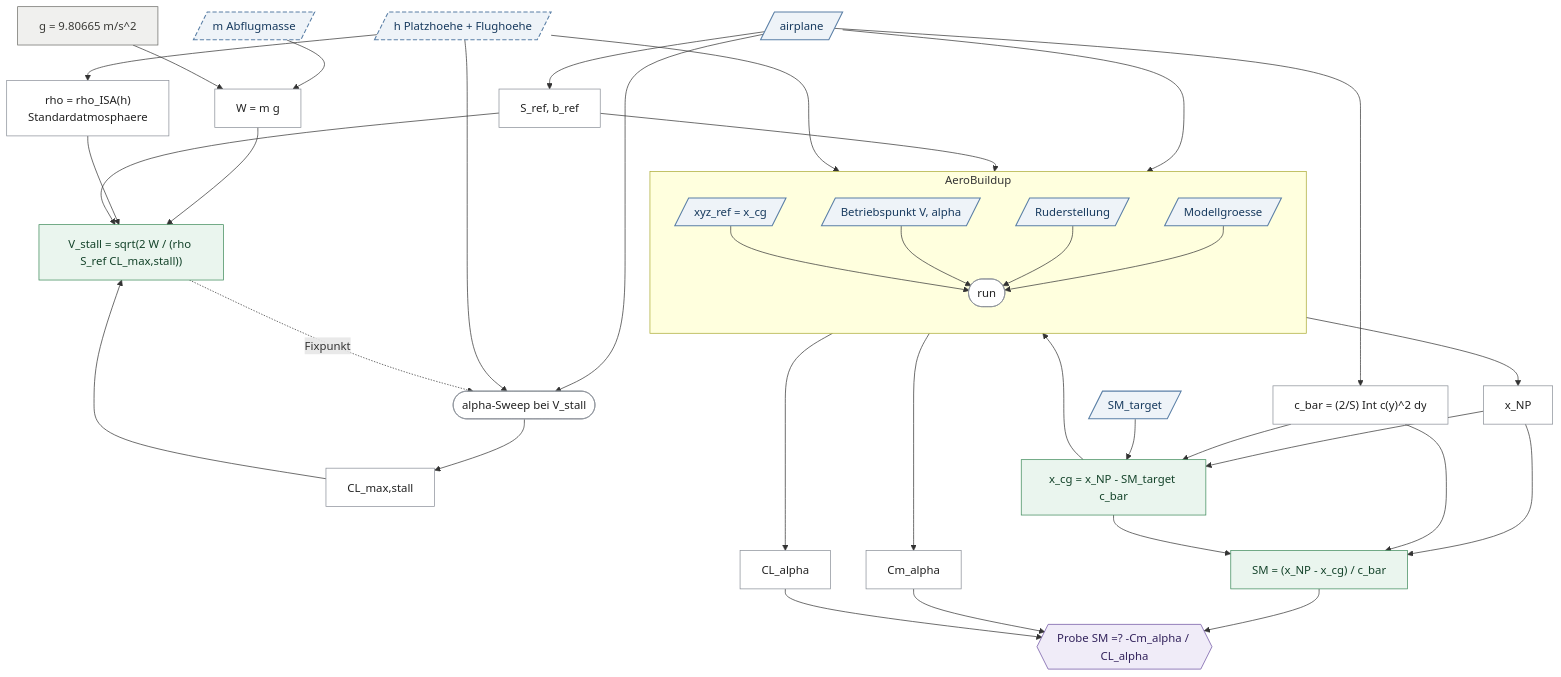
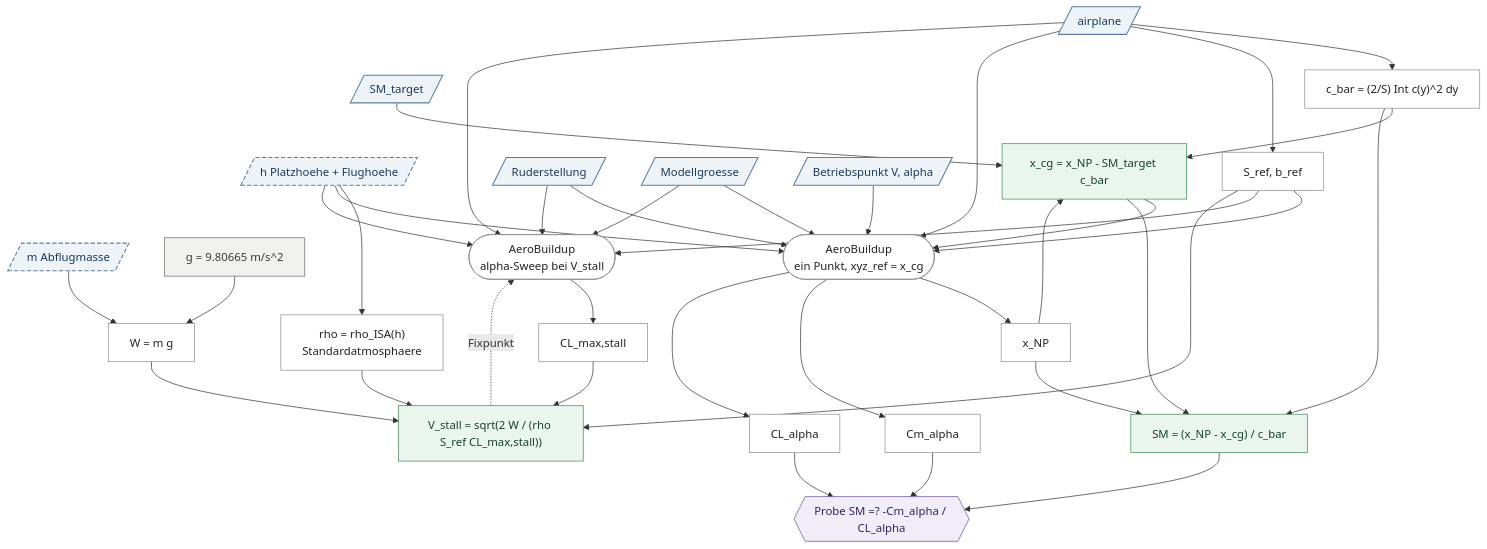
The second of 2 diagrams in _reversa_sdd/calculations/canon/PFAD3.md (szymansk/da3Dalus), drawn with Mermaid before and after one commit. The commit also changed other lines of this file and 1 other file, not shown here.

Commit message:
docs(spec): both solver uses are AeroBuildup — draw them as two calls, not two boxes
The alpha sweep runs through AeroBuildup just as the stability point
does; drawing one as a six-node subgraph and the other as a lone node
made them look like different tools.

Now two call nodes sharing their inputs, each labelled with what
distinguishes it: a single point with xyz_ref bound to the design CG,
against a sweep bound to V_stall. A short table names the two
differences. No box is copied and every input is still an edge.

Claude-Session: https://claude.ai/code/session_01Mi6hrNvR7cmwACXYAoStnv

````diff
--- a/_reversa_sdd/calculations/canon/PFAD3.md
+++ b/_reversa_sdd/calculations/canon/PFAD3.md
@@ -424,80 +424,79 @@
 ```mermaid
 flowchart TD
   classDef inp fill:#eef3f8,stroke:#5a7fa6,stroke-width:1.5px,color:#173a5e
   classDef est fill:#eef3f8,stroke:#5a7fa6,stroke-width:1.5px,stroke-dasharray:6 3,color:#173a5e
   classDef drv fill:#ffffff,stroke:#8a8f98,color:#222
   classDef chk fill:#f0ecf8,stroke:#6b4fa0,color:#33235c
   classDef konst fill:#f0f0ee,stroke:#6b6b66,color:#3a3a36
   classDef out fill:#eaf5ee,stroke:#3d8a5a,color:#14432a
 
   GEO[/"airplane"/]:::inp
   SMT[/"SM_target"/]:::inp
   MEST[/"m  Abflugmasse"/]:::est
   HOEHE[/"h  Platzhoehe + Flughoehe"/]:::est
   GRAV["g = 9.80665 m/s^2"]:::konst
 
   MAC["c_bar = (2/S) Int c(y)^2 dy"]:::drv
   SREF["S_ref, b_ref"]:::drv
   ATM["rho = rho_ISA(h)<br/>Standardatmosphaere"]:::drv
   W["W = m g"]:::drv
 
-  subgraph SOLVER["AeroBuildup"]
-    direction TB
-    XYZ[/"xyz_ref = x_cg"/]:::inp
-    OP[/"Betriebspunkt V, alpha"/]:::inp
-    CTRL[/"Ruderstellung"/]:::inp
-    FID[/"Modellgroesse"/]:::inp
-    RUN(["run"]):::drv
-    XYZ --> RUN
-    OP --> RUN
-    CTRL --> RUN
-    FID --> RUN
-  end
+  CTRL[/"Ruderstellung"/]:::inp
+  FID[/"Modellgroesse"/]:::inp
+  OP[/"Betriebspunkt V, alpha"/]:::inp
+
+  RUN(["AeroBuildup<br/>ein Punkt, xyz_ref = x_cg"]):::drv
+  SWEEP(["AeroBuildup<br/>alpha-Sweep bei V_stall"]):::drv
+
   XNP["x_NP"]:::drv
   CMA["Cm_alpha"]:::drv
   CLA["CL_alpha"]:::drv
-
-  SWEEP(["alpha-Sweep bei V_stall"]):::drv
   CLMAX["CL_max,stall"]:::drv
 
   CGD["x_cg = x_NP - SM_target c_bar"]:::out
   SM["SM = (x_NP - x_cg) / c_bar"]:::out
   RT{{"Probe SM =? -Cm_alpha / CL_alpha"}}:::chk
   VS["V_stall = sqrt(2 W / (rho S_ref CL_max,stall))"]:::out
 
   GEO --> MAC
   GEO --> SREF
   GEO --> RUN
   GEO --> SWEEP
   SREF --> RUN
+  SREF --> SWEEP
+  CTRL --> RUN
+  CTRL --> SWEEP
+  FID --> RUN
+  FID --> SWEEP
+  OP --> RUN
 
   MEST --> W
   GRAV --> W
   HOEHE --> ATM
   HOEHE --> RUN
   HOEHE --> SWEEP
 
   RUN --> XNP
   RUN --> CMA
   RUN --> CLA
 
   XNP --> CGD
   MAC --> CGD
   SMT --> CGD
-  CGD --> XYZ
+  CGD --> RUN
 
   XNP --> SM
   MAC --> SM
   CGD --> SM
   SM --> RT
   CMA --> RT
   CLA --> RT
 
   SWEEP --> CLMAX
   W --> VS
   ATM --> VS
   SREF --> VS
   CLMAX --> VS
   VS -. "Fixpunkt" .-> SWEEP
 
 ```
````
